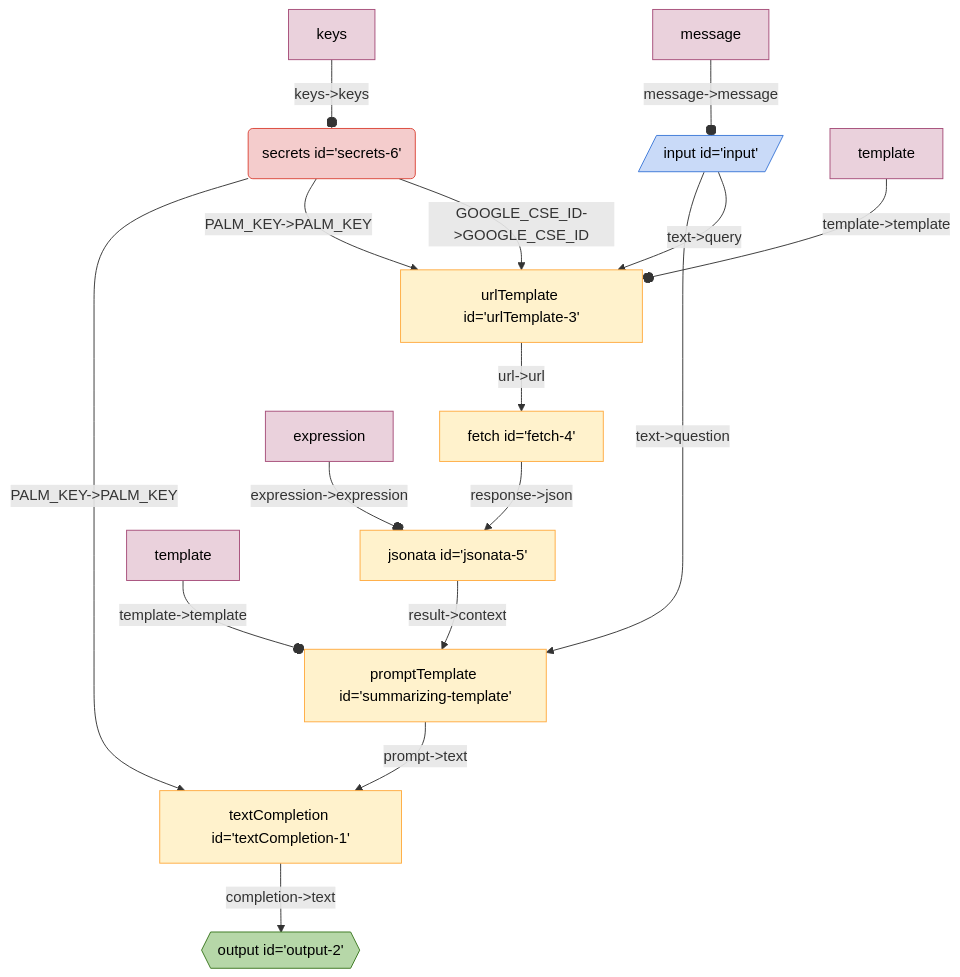
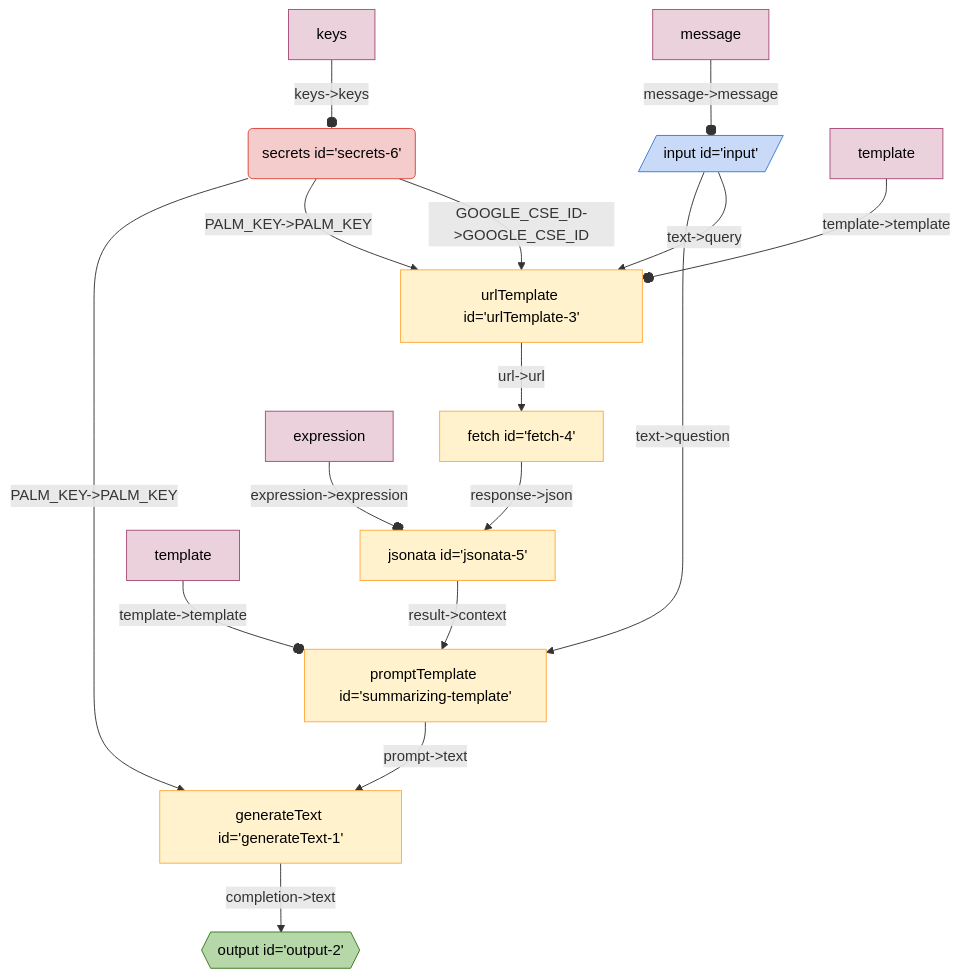
One commit to breadboard-ai/breadboard changed the diagram in seeds/graph-playground/docs/graphs/search-summarize.md. Above: the diagram before and after it, drawn with Mermaid. The commit also changed 63 other files, not shown here.

First line of the commit message:
[llm-starter] Rename `textCompletion` to `generateText`.

````diff
--- a/seeds/graph-playground/docs/graphs/search-summarize.md
+++ b/seeds/graph-playground/docs/graphs/search-summarize.md
@@ -5,27 +5,27 @@
   ```mermaid
   %%{init: 'themeVariables': { 'fontFamily': 'Fira Code, monospace' }}%%
 graph TD;
-textCompletion1["textCompletion id='textCompletion-1'"] -- "completion->text" --> output2{{"output id='output-2'"}}:::output
-summarizingtemplate["promptTemplate id='summarizing-template'"] -- "prompt->text" --> textCompletion1["textCompletion id='textCompletion-1'"]
+generateText1["generateText id='generateText-1'"] -- "completion->text" --> output2{{"output id='output-2'"}}:::output
+summarizingtemplate["promptTemplate id='summarizing-template'"] -- "prompt->text" --> generateText1["generateText id='generateText-1'"]
 jsonata5["jsonata id='jsonata-5'"] -- "result->context" --> summarizingtemplate["promptTemplate id='summarizing-template'"]
 fetch4["fetch id='fetch-4'"] -- "response->json" --> jsonata5["jsonata id='jsonata-5'"]
 urlTemplate3["urlTemplate id='urlTemplate-3'"] -- "url->url" --> fetch4["fetch id='fetch-4'"]
-secrets6("secrets id='secrets-6'"):::secrets -- "PALM_KEY->PALM_KEY" --> textCompletion1["textCompletion id='textCompletion-1'"]
+secrets6("secrets id='secrets-6'"):::secrets -- "PALM_KEY->PALM_KEY" --> generateText1["generateText id='generateText-1'"]
 secrets6("secrets id='secrets-6'"):::secrets -- "PALM_KEY->PALM_KEY" --> urlTemplate3["urlTemplate id='urlTemplate-3'"]
 secrets6("secrets id='secrets-6'"):::secrets -- "GOOGLE_CSE_ID->GOOGLE_CSE_ID" --> urlTemplate3["urlTemplate id='urlTemplate-3'"]
 input[/"input id='input'"/]:::input -- "text->question" --> summarizingtemplate["promptTemplate id='summarizing-template'"]
 input[/"input id='input'"/]:::input -- "text->query" --> urlTemplate3["urlTemplate id='urlTemplate-3'"]
 templatesummarizingtemplate[template]:::config -- "template->template" --o summarizingtemplate
 templateurlTemplate3[template]:::config -- "template->template" --o urlTemplate3
 expressionjsonata5[expression]:::config -- "expression->expression" --o jsonata5
 keyssecrets6[keys]:::config -- "keys->keys" --o secrets6
 messageinput[message]:::config -- "message->message" --o input
 classDef default stroke:#ffab40,fill:#fff2ccff,color:#000
 classDef input stroke:#3c78d8,fill:#c9daf8ff,color:#000
 classDef output stroke:#38761d,fill:#b6d7a8ff,color:#000
 classDef passthrough stroke:#a64d79,fill:#ead1dcff,color:#000
 classDef slot stroke:#a64d79,fill:#ead1dcff,color:#000
 classDef config stroke:#a64d79,fill:#ead1dcff,color:#000
 classDef secrets stroke:#db4437,fill:#f4cccc,color:#000
 classDef slotted stroke:#a64d79
   ```
````
